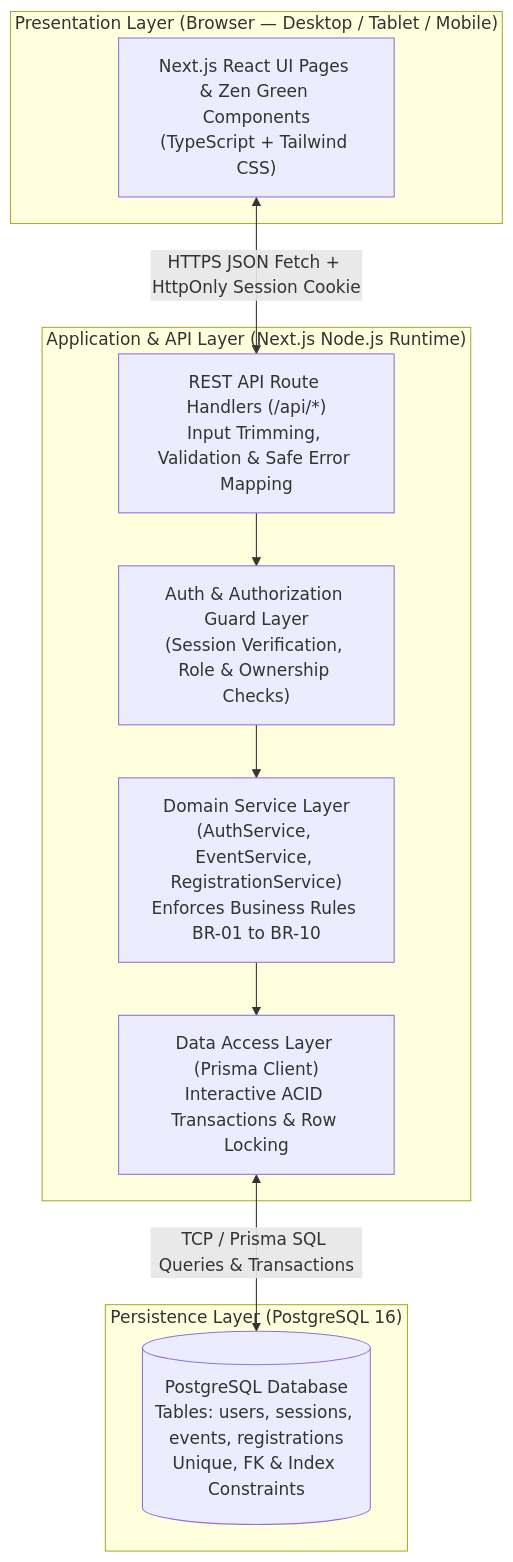
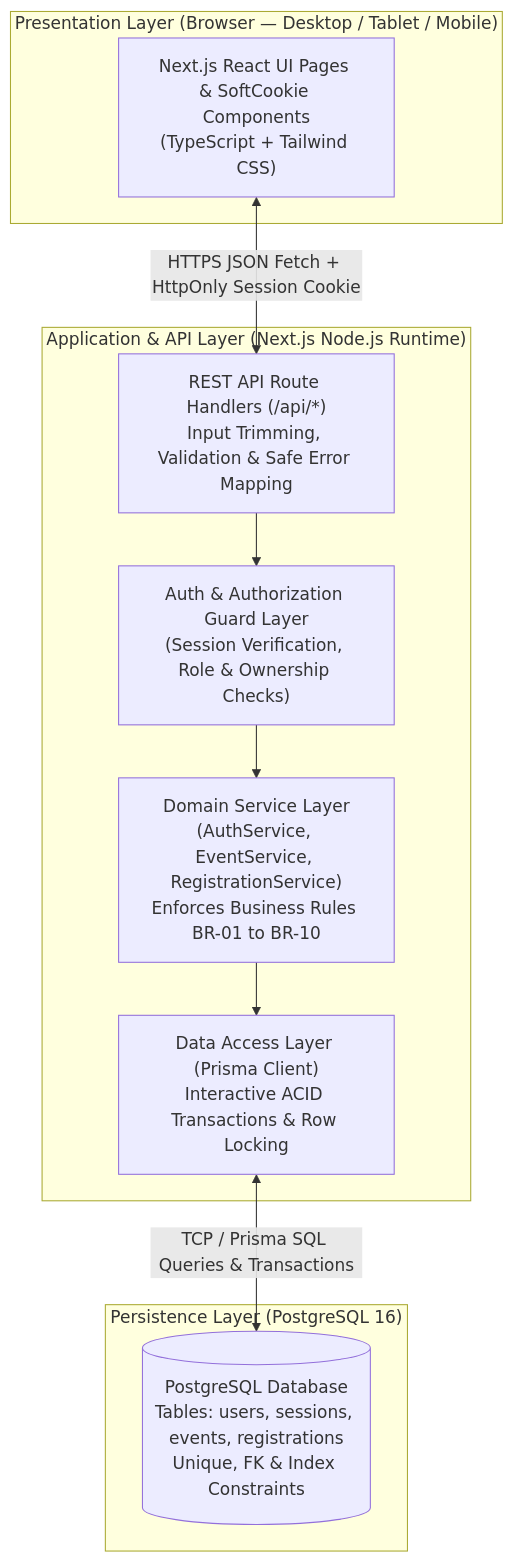
Before and after one commit to Mw-209/TH-011_SoftCookie: the first of 2 diagrams in docs/system-sds.md, drawn with Mermaid. The commit also changed other lines of this file and 9 other files, not shown here.

Commit message:
docs: align traceability, Lab 5 readiness, and SoftCookie theme

````diff
--- a/docs/system-sds.md
+++ b/docs/system-sds.md
@@ -16,23 +16,23 @@
 ```mermaid
 flowchart TB
     subgraph Client["Presentation Layer (Browser — Desktop / Tablet / Mobile)"]
-        UI["Next.js React UI Pages & Zen Green Components<br/>(TypeScript + Tailwind CSS)"]
+        UI["Next.js React UI Pages & SoftCookie Components<br/>(TypeScript + Tailwind CSS)"]
     end
 
     subgraph Server["Application & API Layer (Next.js Node.js Runtime)"]
         API["REST API Route Handlers (/api/*)<br/>Input Trimming, Validation & Safe Error Mapping"]
         AUTH["Auth & Authorization Guard Layer<br/>(Session Verification, Role & Ownership Checks)"]
         DOM["Domain Service Layer<br/>(AuthService, EventService, RegistrationService)<br/>Enforces Business Rules BR-01 to BR-10"]
         DAL["Data Access Layer (Prisma Client)<br/>Interactive ACID Transactions & Row Locking"]
     end
 
     subgraph DB["Persistence Layer (PostgreSQL 16)"]
         PG[("PostgreSQL Database<br/>Tables: users, sessions, events, registrations<br/>Unique, FK & Index Constraints")]
     end
 
     UI <-->|"HTTPS JSON Fetch + HttpOnly Session Cookie"| API
     API --> AUTH
     AUTH --> DOM
     DOM --> DAL
     DAL <-->|"TCP / Prisma SQL Queries & Transactions"| PG
 ```
````
